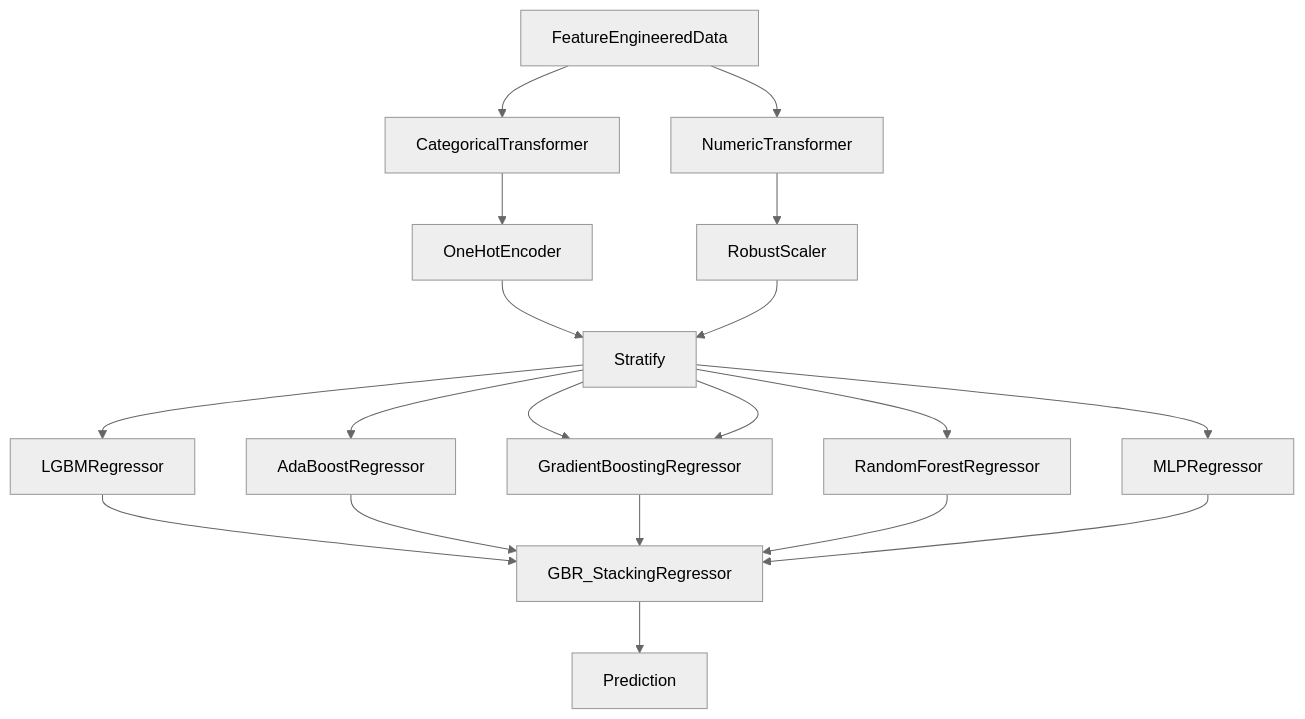
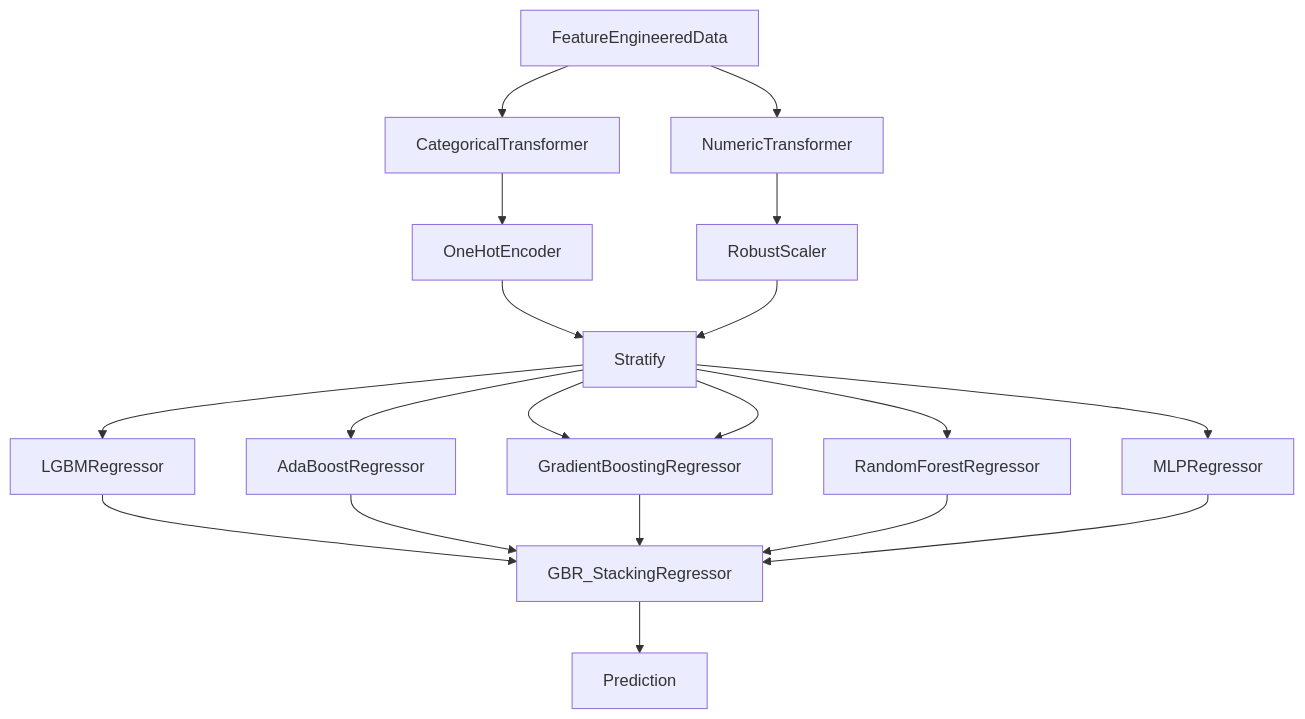
Before and after one commit to dec1costello/Golf: the diagram in TOUR_Championship_2011/README.md, drawn with Mermaid.

````diff
--- a/TOUR_Championship_2011/README.md
+++ b/TOUR_Championship_2011/README.md
@@ -94,25 +94,24 @@
 ```mermaid
-%%{init: {'theme':'neutral'}}%%
 graph TB
       FeatureEngineeredData --> CategoricalTransformer;
       FeatureEngineeredData --> NumericTransformer;
       CategoricalTransformer --> OneHotEncoder;
       OneHotEncoder --> Stratify;
       NumericTransformer --> RobustScaler;
       RobustScaler --> Stratify;
 
       Stratify--> GradientBoostingRegressor;
       Stratify-->RandomForestRegressor;
       Stratify-->MLPRegressor;
       Stratify-->GradientBoostingRegressor;
       Stratify--> AdaBoostRegressor;
       Stratify--> LGBMRegressor;
 
       LGBMRegressor-->GBR_StackingRegressor;
       AdaBoostRegressor-->GBR_StackingRegressor;
       GradientBoostingRegressor-->GBR_StackingRegressor;
       RandomForestRegressor-->GBR_StackingRegressor;
       MLPRegressor-->GBR_StackingRegressor;
 
       GBR_StackingRegressor --> Prediction;
 ```
````
